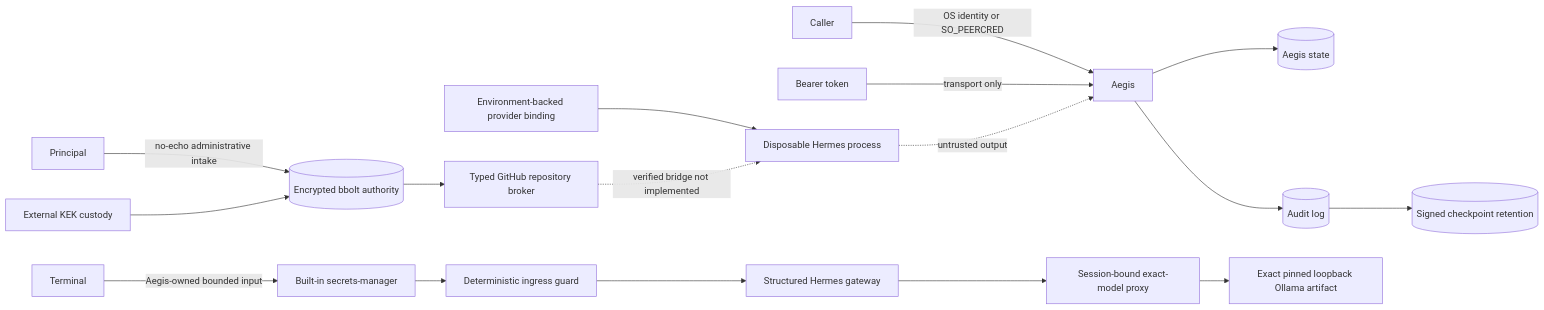
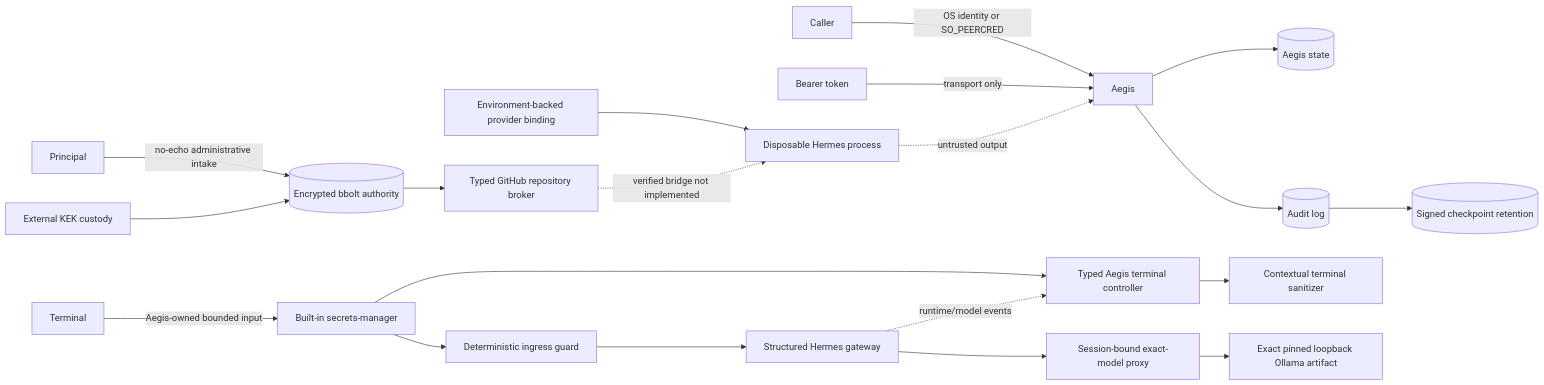
One commit to berryhill/aegis changed the diagram in docs/THREAT_MODEL.md. Above: the diagram before and after it, drawn with Mermaid. The commit also changed other lines of this file and 36 other files, not shown here.

````diff
--- a/docs/THREAT_MODEL.md
+++ b/docs/THREAT_MODEL.md
@@ -17,19 +17,22 @@
 ```mermaid
 flowchart LR
   Caller -->|OS identity or SO_PEERCRED| Aegis
   Token[Bearer token] -->|transport only| Aegis
   Aegis --> Store[(Aegis state)]
   Env[Environment-backed provider binding] --> Hermes[Disposable Hermes process]
   Principal -->|no-echo administrative intake| Authority[(Encrypted bbolt authority)]
   KEK[External KEK custody] --> Authority
   Authority --> Broker[Typed GitHub repository broker]
   Broker -. verified bridge not implemented .-> Hermes
   Aegis --> Audit[(Audit log)]
   Audit --> Checkpoint[(Signed checkpoint retention)]
   Hermes -. untrusted output .-> Aegis
   Terminal -->|Aegis-owned bounded input| Manager[Built-in secrets-manager]
+  Manager --> TUI[Typed Aegis terminal controller]
+  Gateway -. runtime/model events .-> TUI
+  TUI --> Sanitizer[Contextual terminal sanitizer]
   Manager --> Guard[Deterministic ingress guard]
   Guard --> Gateway[Structured Hermes gateway]
   Gateway --> Proxy[Session-bound exact-model proxy]
   Proxy --> Ollama[Exact pinned loopback Ollama artifact]
 ```
````
